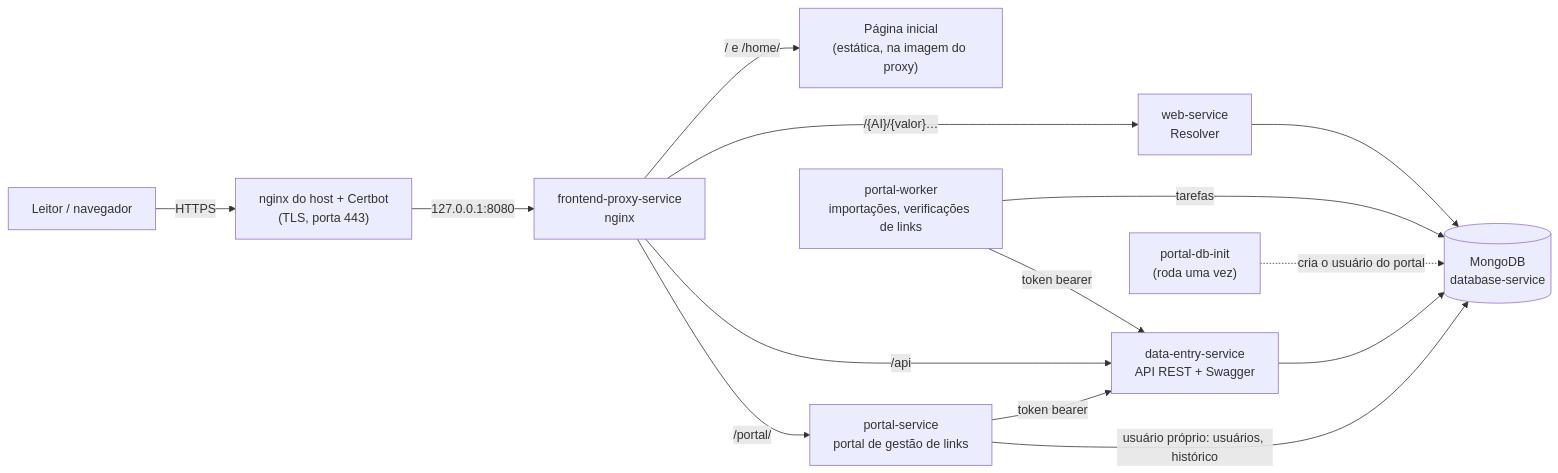
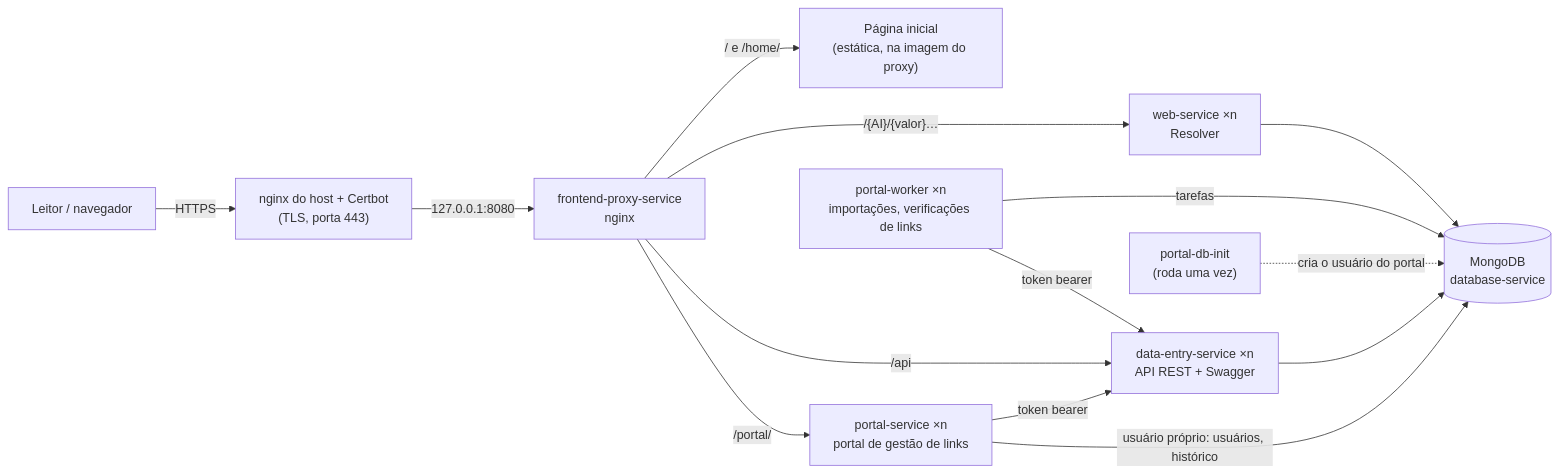
The diagram in Documentation/pt-BR/README.md (ricardomelo/GS1_DigitalLink_Resolver_CE), drawn with Mermaid before and after one commit. The commit also changed other lines of this file and 25 other files, not shown here.

````diff
--- a/Documentation/pt-BR/README.md
+++ b/Documentation/pt-BR/README.md
@@ -101,16 +101,16 @@
 ```mermaid
 flowchart LR
     client["Leitor / navegador"] -->|HTTPS| edge["nginx do host + Certbot<br/>(TLS, porta 443)"]
     edge -->|"127.0.0.1:8080"| proxy["frontend-proxy-service<br/>nginx"]
     proxy -->|"/  e  /home/"| home["Página inicial<br/>(estática, na imagem do proxy)"]
-    proxy -->|"/{AI}/{valor}…"| web["web-service<br/>Resolver"]
-    proxy -->|"/api"| de["data-entry-service<br/>API REST + Swagger"]
-    proxy -->|"/portal/"| portal["portal-service<br/>portal de gestão de links"]
+    proxy -->|"/{AI}/{valor}…"| web["web-service ×n<br/>Resolver"]
+    proxy -->|"/api"| de["data-entry-service ×n<br/>API REST + Swagger"]
+    proxy -->|"/portal/"| portal["portal-service ×n<br/>portal de gestão de links"]
     portal -->|"token bearer"| de
     web --> db[("MongoDB<br/>database-service")]
     de --> db
     portal -->|"usuário próprio: usuários, histórico"| db
     init["portal-db-init<br/>(roda uma vez)"] -.->|"cria o usuário do portal"| db
-    worker["portal-worker<br/>importações, verificações de links"] -->|"tarefas"| db
+    worker["portal-worker ×n<br/>importações, verificações de links"] -->|"tarefas"| db
     worker -->|"token bearer"| de
 ```
````
